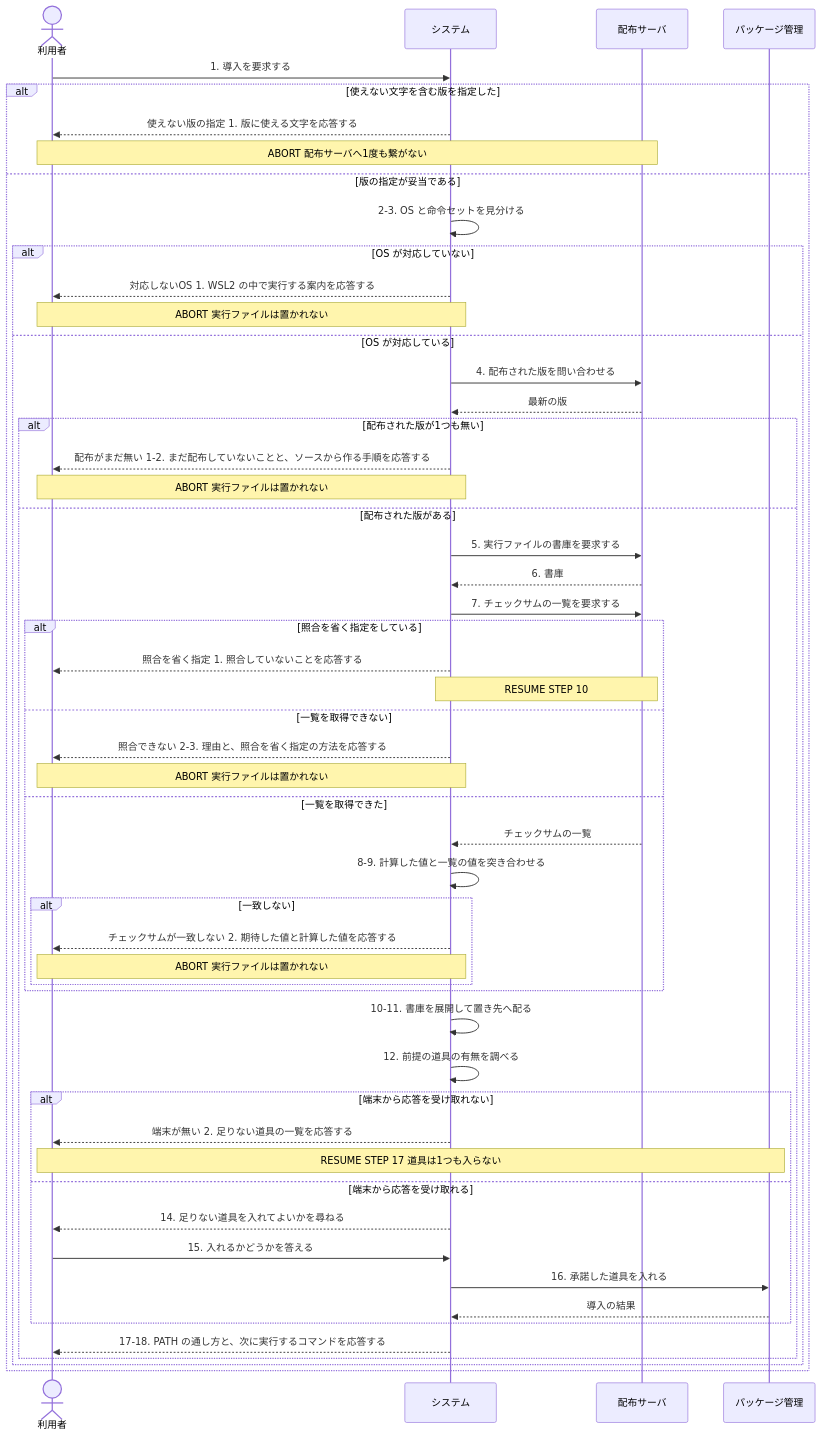
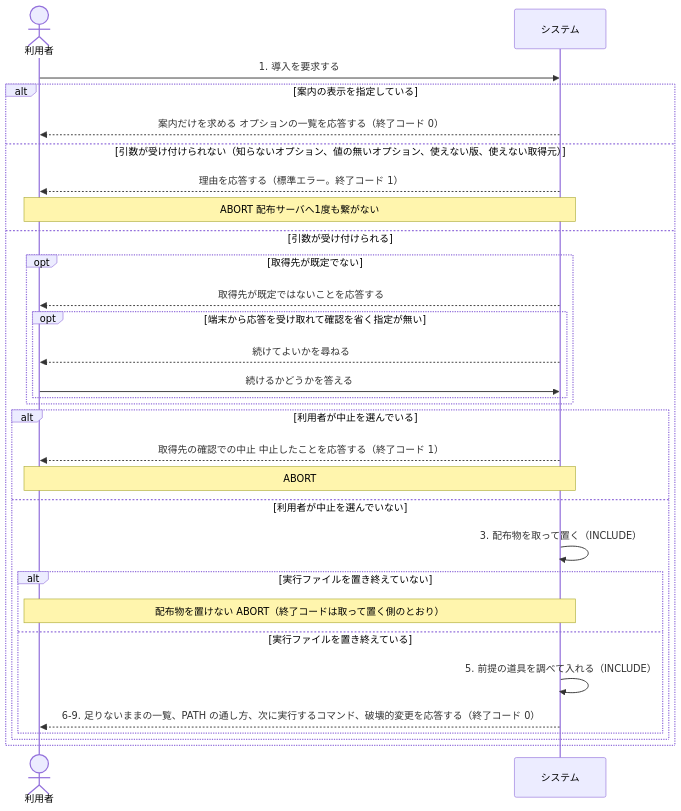
One commit to maimuzo/continuo changed the second of 2 diagrams in docs/spec/usecases/particular_case/continuo を入れる.rucm.md. Above: the diagram before and after it, drawn with Mermaid. The commit also changed other lines of this file and 11 other files, not shown here.

````diff
--- a/docs/spec/usecases/particular_case/continuo を入れる.rucm.md
+++ b/docs/spec/usecases/particular_case/continuo を入れる.rucm.md
@@ -188,56 +192,33 @@
 ```mermaid
 sequenceDiagram
     actor USER as 利用者
     participant SYS as システム
-    participant REL as 配布サーバ
-    participant PKG as パッケージ管理
 
     USER->>SYS: 1. 導入を要求する
-    alt 使えない文字を含む版を指定した
-        SYS-->>USER: 使えない版の指定 1. 版に使える文字を応答する
-        Note over USER,REL: ABORT 配布サーバへ1度も繋がない
-    else 版の指定が妥当である
-        SYS->>SYS: 2-3. OS と命令セットを見分ける
-        alt OS が対応していない
-            SYS-->>USER: 対応しないOS 1. WSL2 の中で実行する案内を応答する
-            Note over USER,SYS: ABORT 実行ファイルは置かれない
-        else OS が対応している
-            SYS->>REL: 4. 配布された版を問い合わせる
-            REL-->>SYS: 最新の版
-            alt 配布された版が1つも無い
-                SYS-->>USER: 配布がまだ無い 1-2. まだ配布していないことと、ソースから作る手順を応答する
-                Note over USER,SYS: ABORT 実行ファイルは置かれない
-            else 配布された版がある
-                SYS->>REL: 5. 実行ファイルの書庫を要求する
-                REL-->>SYS: 6. 書庫
-                SYS->>REL: 7. チェックサムの一覧を要求する
-                alt 照合を省く指定をしている
-                    SYS-->>USER: 照合を省く指定 1. 照合していないことを応答する
-                    Note over SYS,REL: RESUME STEP 10
-                else 一覧を取得できない
-                    SYS-->>USER: 照合できない 2-3. 理由と、照合を省く指定の方法を応答する
-                    Note over USER,SYS: ABORT 実行ファイルは置かれない
-                else 一覧を取得できた
-                    REL-->>SYS: チェックサムの一覧
-                    SYS->>SYS: 8-9. 計算した値と一覧の値を突き合わせる
-                    alt 一致しない
-                        SYS-->>USER: チェックサムが一致しない 2. 期待した値と計算した値を応答する
-                        Note over USER,SYS: ABORT 実行ファイルは置かれない
-                    end
-                end
-                SYS->>SYS: 10-11. 書庫を展開して置き先へ配る
-                SYS->>SYS: 12. 前提の道具の有無を調べる
-                alt 端末から応答を受け取れない
-                    SYS-->>USER: 端末が無い 2. 足りない道具の一覧を応答する
-                    Note over USER,PKG: RESUME STEP 17 道具は1つも入らない
-                else 端末から応答を受け取れる
-                    SYS-->>USER: 14. 足りない道具を入れてよいかを尋ねる
-                    USER->>SYS: 15. 入れるかどうかを答える
-                    SYS->>PKG: 16. 承諾した道具を入れる
-                    PKG-->>SYS: 導入の結果
-                end
-                SYS-->>USER: 17-18. PATH の通し方と、次に実行するコマンドを応答する
+    alt 案内の表示を指定している
+        SYS-->>USER: 案内だけを求める オプションの一覧を応答する（終了コード 0）
+    else 引数が受け付けられない（知らないオプション、値の無いオプション、使えない版、使えない取得元）
+        SYS-->>USER: 理由を応答する（標準エラー。終了コード 1）
+        Note over USER,SYS: ABORT 配布サーバへ1度も繋がない
+    else 引数が受け付けられる
+        opt 取得先が既定でない
+            SYS-->>USER: 取得先が既定ではないことを応答する
+            opt 端末から応答を受け取れて確認を省く指定が無い
+                SYS-->>USER: 続けてよいかを尋ねる
+                USER->>SYS: 続けるかどうかを答える
+            end
+        end
+        alt 利用者が中止を選んでいる
+            SYS-->>USER: 取得先の確認での中止 中止したことを応答する（終了コード 1）
+            Note over USER,SYS: ABORT
+        else 利用者が中止を選んでいない
+            SYS->>SYS: 3. 配布物を取って置く（INCLUDE）
+            alt 実行ファイルを置き終えていない
+                Note over USER,SYS: 配布物を置けない ABORT（終了コードは取って置く側のとおり）
+            else 実行ファイルを置き終えている
+                SYS->>SYS: 5. 前提の道具を調べて入れる（INCLUDE）
+                SYS-->>USER: 6-9. 足りないままの一覧、PATH の通し方、次に実行するコマンド、破壊的変更を応答する（終了コード 0）
             end
         end
     end
 ```
````
